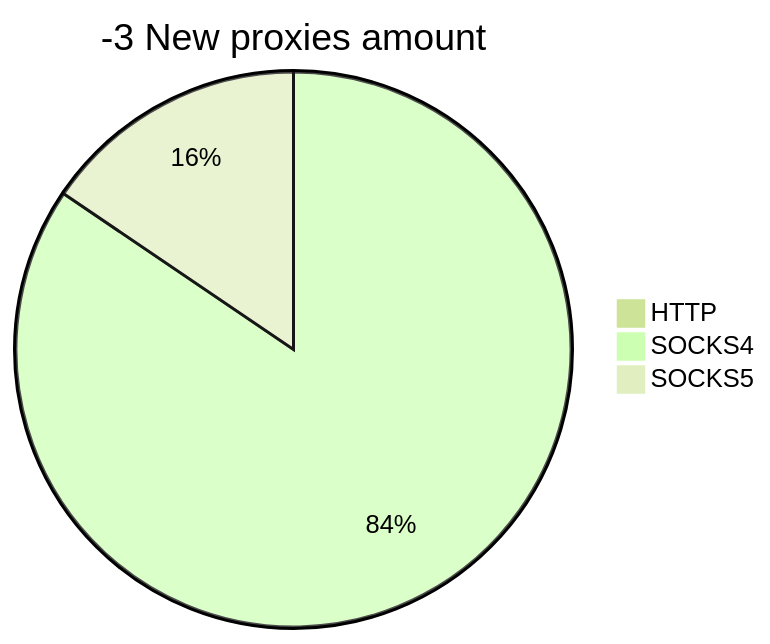
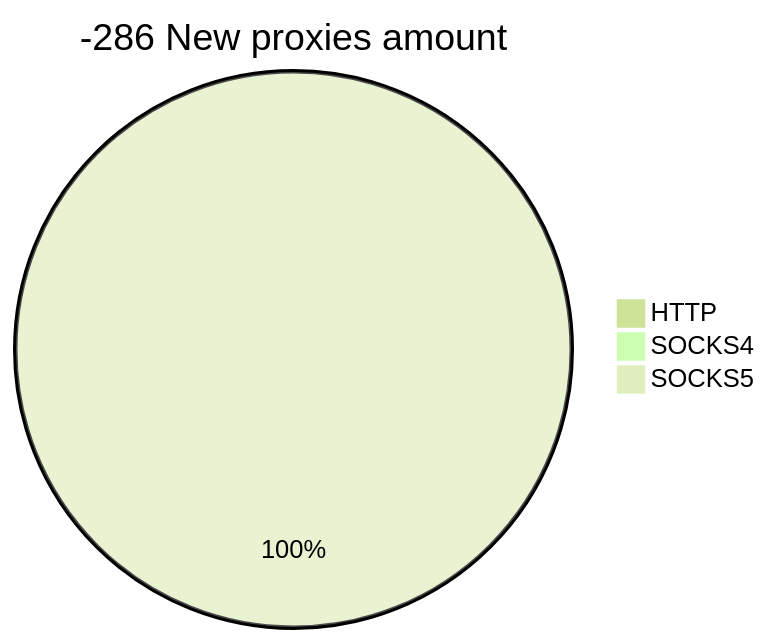
One commit to cutipu/proxylist changed the second of 2 diagrams in README.md. Above: the diagram before and after it, drawn with Mermaid (forest theme). The commit also changed other lines of this file, not shown here.

````diff
--- a/README.md
+++ b/README.md
@@ -10,6 +10,6 @@
 ```mermaid
-pie title -3 New proxies amount
+pie title -286 New proxies amount
     "HTTP" : 0
-    "SOCKS4" : 98
-    "SOCKS5" : 18
+    "SOCKS4" : 0
+    "SOCKS5" : 43
 ```
````
